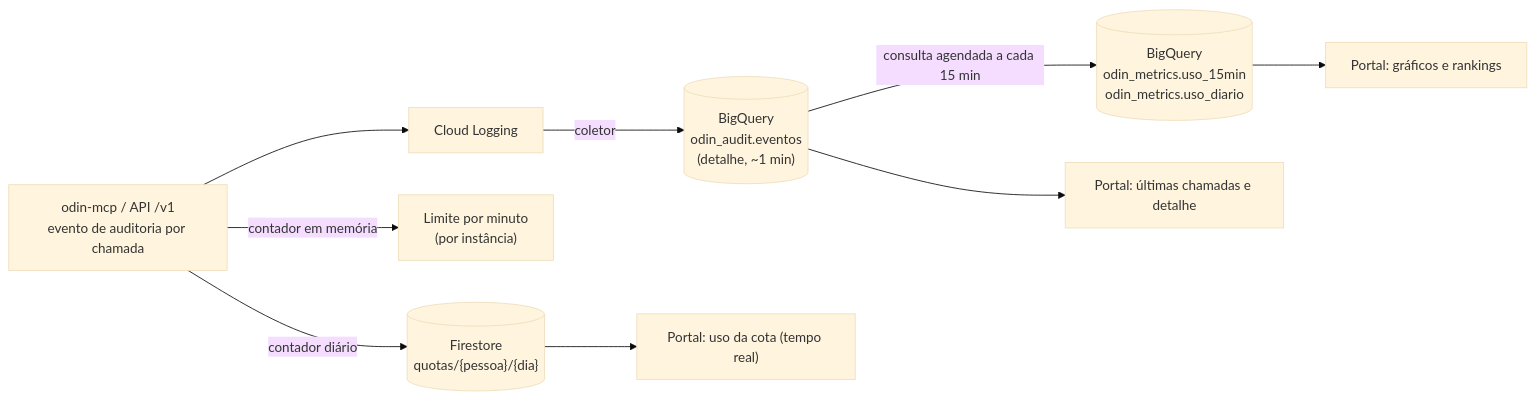
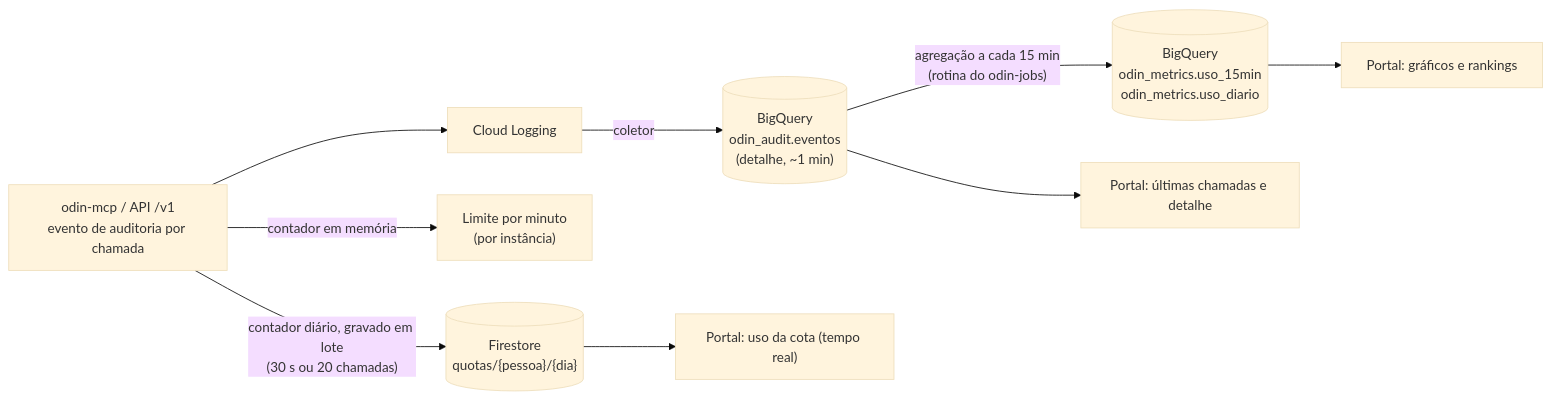
Before and after one commit to brunotrolo/Salesforce_Odin_MCP_Squad: the diagram in docs/portal/06-consumo-cotas-e-metricas.md, drawn with Mermaid (base theme). The commit also changed other lines of this file and 73 other files, not shown here.

First line of the commit message:
ADR 0018: arquitetura enxuta por estágios de custo, contratos em schema e governança

````diff
--- a/docs/portal/06-consumo-cotas-e-metricas.md
+++ b/docs/portal/06-consumo-cotas-e-metricas.md
@@ -23,11 +23,11 @@
 ```mermaid
 flowchart LR
   MCP["odin-mcp / API /v1<br/>evento de auditoria por chamada"] --> LOG["Cloud Logging"]
   LOG -->|coletor| RAW[("BigQuery<br/>odin_audit.eventos<br/>(detalhe, ~1 min)")]
-  RAW -->|consulta agendada a cada 15 min| AGG[("BigQuery<br/>odin_metrics.uso_15min<br/>odin_metrics.uso_diario")]
+  RAW -->|"agregação a cada 15 min<br/>(rotina do odin-jobs)"| AGG[("BigQuery<br/>odin_metrics.uso_15min<br/>odin_metrics.uso_diario")]
   MCP -->|contador em memória| RL["Limite por minuto<br/>(por instância)"]
-  MCP -->|contador diário| QT[("Firestore<br/>quotas/{pessoa}/{dia}")]
+  MCP -->|"contador diário, gravado em lote<br/>(30 s ou 20 chamadas)"| QT[("Firestore<br/>quotas/{pessoa}/{dia}")]
   AGG --> POR["Portal: gráficos e rankings"]
   RAW --> POR2["Portal: últimas chamadas e detalhe"]
   QT --> POR3["Portal: uso da cota (tempo real)"]
 ```
````
